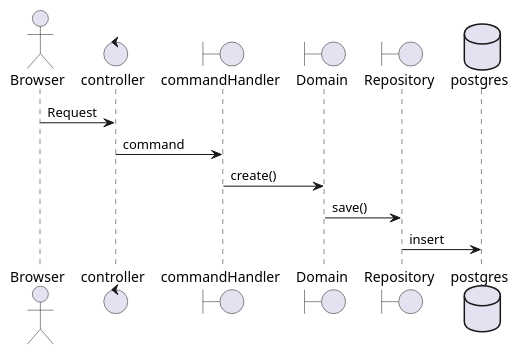
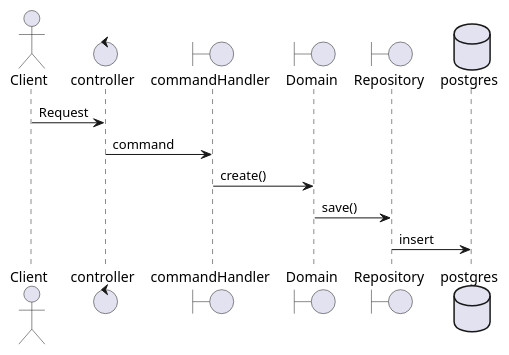
Before and after one commit to edufratari/cadastropessoas: the diagram in docs/diagram-sequence/save.puml, drawn with PlantUML. The commit also changed 1 other file, not shown here.

```diff
--- a/docs/diagram-sequence/save.puml
+++ b/docs/diagram-sequence/save.puml
@@ -1,17 +1,17 @@
 @startuml
-    actor Browser
+    actor Client
 
     control controller
     boundary commandHandler
     boundary Domain
     boundary Repository
     database postgres
 
 
-    Browser -> controller: Request
+    Client -> controller: Request
     controller -> commandHandler: command
     commandHandler -> Domain: create()
     Domain -> Repository: save()
     Repository -> postgres: insert
 
 @enduml
```
